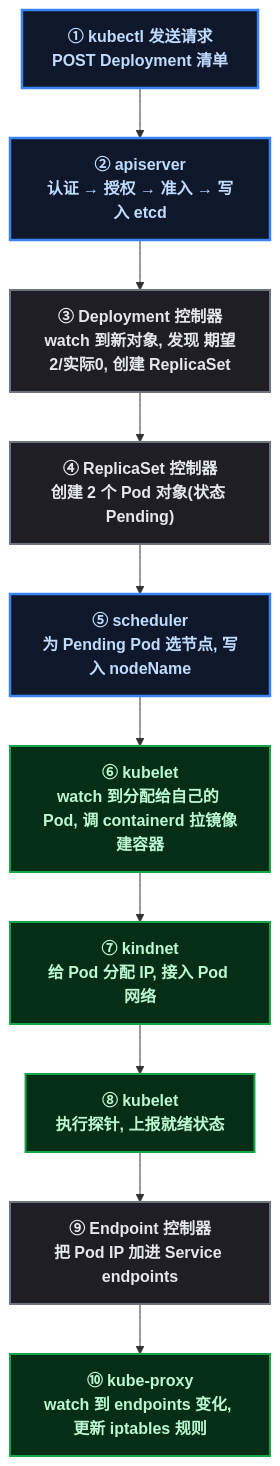
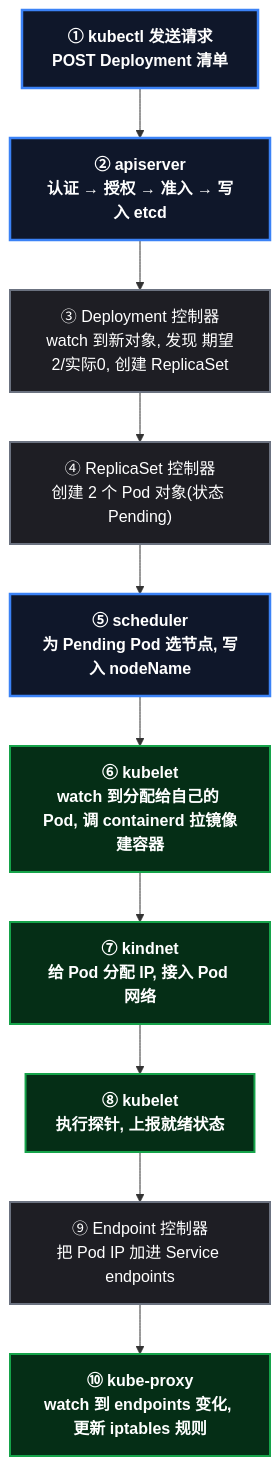
One commit to yaocat55/yaocat55.github.io changed the second of 3 diagrams in content/posts/kubernetes/K8sComponentsDeepDive.md. Above: the diagram before and after it, drawn with Mermaid. The commit also changed other lines of this file and 27 other files, not shown here.

Commit message:
docs: 全系列 93 张 Mermaid 图 classDef 改为 style 强制深底白字(修复部分渲染器白底浅字)+历史文件格式清理

````diff
--- a/content/posts/kubernetes/K8sComponentsDeepDive.md
+++ b/content/posts/kubernetes/K8sComponentsDeepDive.md
@@ -125,24 +130,27 @@
 ```mermaid
 %% kubectl apply 的 10 步旅程: 谁在每一步干什么
 flowchart TD
-    classDef root fill:#0f172a,stroke:#3b82f6,stroke-width:2.5px,color:#bfdbfe,font-weight:bold;
-    classDef process fill:#1e1e24,stroke:#6b7280,stroke-width:2px,color:#e5e7eb;
-    classDef data fill:#052e16,stroke:#16a34a,stroke-width:2px,color:#bbf7d0,font-weight:bold;
 
     S1["① kubectl 发送请求\nPOST Deployment 清单"]
     S2["② apiserver\n认证 → 授权 → 准入 → 写入 etcd"]
     S3["③ Deployment 控制器\nwatch 到新对象, 发现 期望2/实际0, 创建 ReplicaSet"]
     S4["④ ReplicaSet 控制器\n创建 2 个 Pod 对象(状态 Pending)"]
     S5["⑤ scheduler\n为 Pending Pod 选节点, 写入 nodeName"]
     S6["⑥ kubelet\nwatch 到分配给自己的 Pod, 调 containerd 拉镜像建容器"]
     S7["⑦ kindnet\n给 Pod 分配 IP, 接入 Pod 网络"]
     S8["⑧ kubelet\n执行探针, 上报就绪状态"]
     S9["⑨ Endpoint 控制器\n把 Pod IP 加进 Service endpoints"]
     S10["⑩ kube-proxy\nwatch 到 endpoints 变化, 更新 iptables 规则"]
 
     S1 --> S2 --> S3 --> S4 --> S5 --> S6 --> S7 --> S8 --> S9 --> S10
-
-    class S1,S2,S5 root;
-    class S3,S4,S9 process;
-    class S6,S7,S8,S10 data;
+    style S1 fill:#0f172a,stroke:#3b82f6,stroke-width:2.5px,color:#ffffff,font-weight:bold
+    style S2 fill:#0f172a,stroke:#3b82f6,stroke-width:2.5px,color:#ffffff,font-weight:bold
+    style S5 fill:#0f172a,stroke:#3b82f6,stroke-width:2.5px,color:#ffffff,font-weight:bold
+    style S3 fill:#1e1e24,stroke:#6b7280,stroke-width:2px,color:#ffffff
+    style S4 fill:#1e1e24,stroke:#6b7280,stroke-width:2px,color:#ffffff
+    style S9 fill:#1e1e24,stroke:#6b7280,stroke-width:2px,color:#ffffff
+    style S6 fill:#052e16,stroke:#16a34a,stroke-width:2px,color:#ffffff,font-weight:bold
+    style S7 fill:#052e16,stroke:#16a34a,stroke-width:2px,color:#ffffff,font-weight:bold
+    style S8 fill:#052e16,stroke:#16a34a,stroke-width:2px,color:#ffffff,font-weight:bold
+    style S10 fill:#052e16,stroke:#16a34a,stroke-width:2px,color:#ffffff,font-weight:bold
 ```
````
